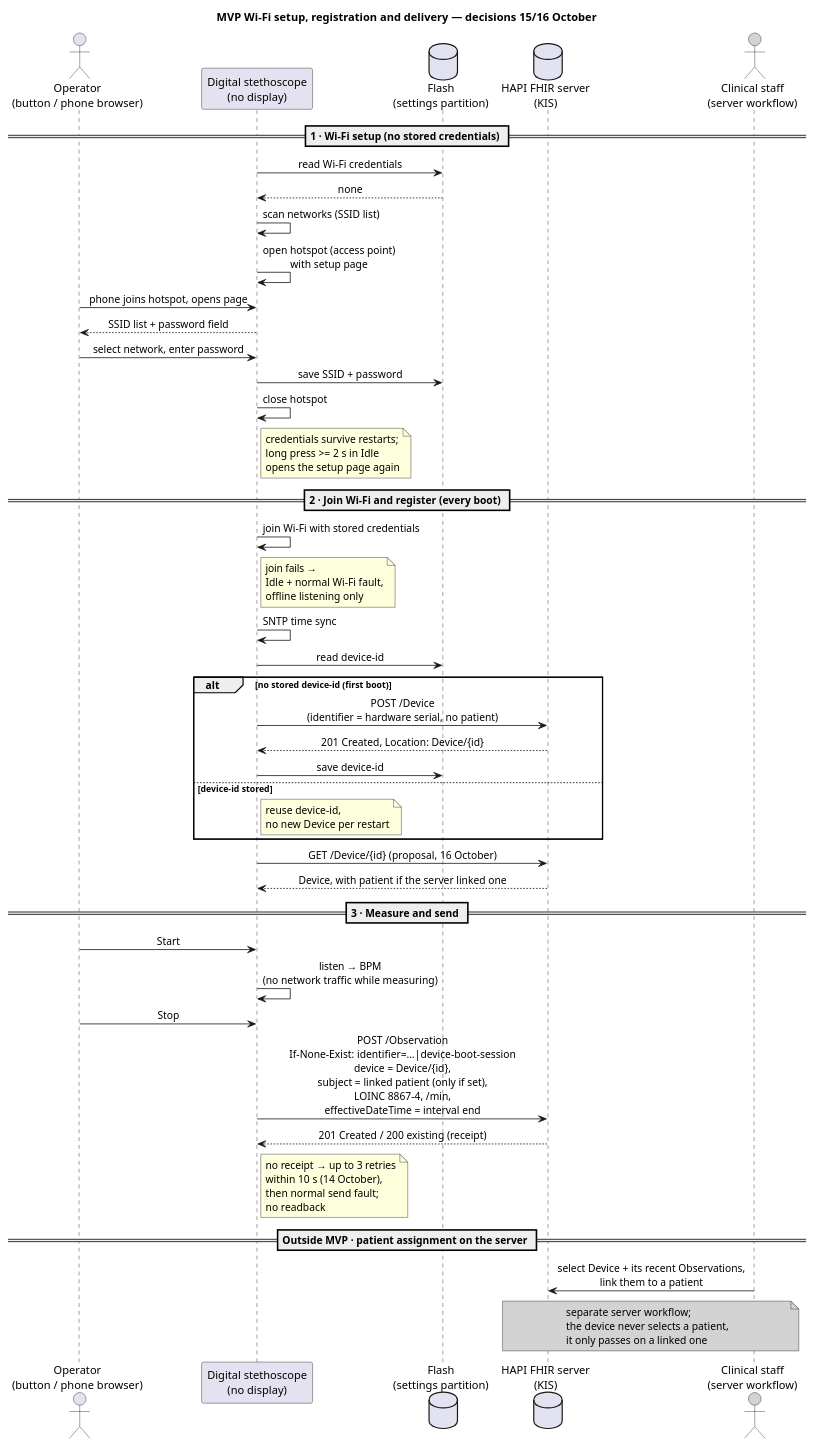
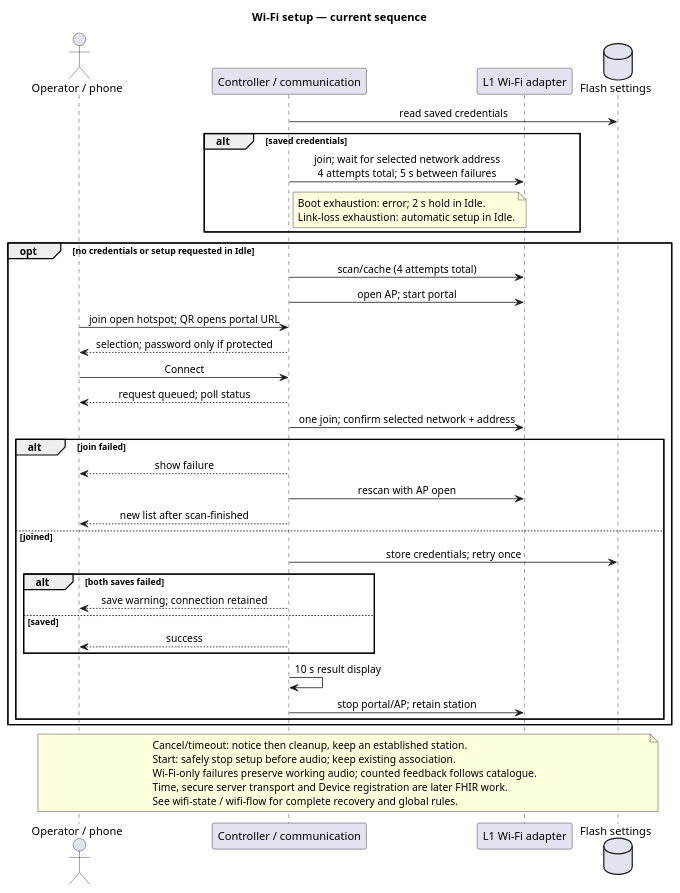
The diagram in Development/system/architecture/patient-assignment-workflow.puml (DemonicPsychoII/DigitalStethoscope), drawn with PlantUML before and after one commit. The commit also changed 39 other files, not shown here.

```diff
--- a/Development/system/architecture/patient-assignment-workflow.puml
+++ b/Development/system/architecture/patient-assignment-workflow.puml
@@ -1,50 +1,45 @@
 @startuml patient_assignment_workflow
 skinparam shadowing false
 skinparam defaultFontName SansSerif
 skinparam sequenceMessageAlign center
-title MVP Wi-Fi setup, registration and delivery — decisions 15/16 October
-actor "Operator\n(button / phone browser)" as op
-participant "Digital stethoscope\n(no display)" as dev
-database "Flash\n(settings partition)" as flash
-database "HAPI FHIR server\n(KIS)" as fhir
-actor "Clinical staff\n(server workflow)" as staff #lightgrey
-
-== 1 · Wi-Fi setup (no stored credentials) ==
-dev -> flash : read Wi-Fi credentials
-flash --> dev : none
-dev -> dev : scan networks (SSID list)
-dev -> dev : open hotspot (access point)\nwith setup page
-op -> dev : phone joins hotspot, opens page
-dev --> op : SSID list + password field
-op -> dev : select network, enter password
-dev -> flash : save SSID + password
-dev -> dev : close hotspot
-note right of dev : credentials survive restarts;\nlong press >= 2 s in Idle\nopens the setup page again
-
-== 2 · Join Wi-Fi and register (every boot) ==
-dev -> dev : join Wi-Fi with stored credentials
-note right of dev : join fails →\nIdle + normal Wi-Fi fault,\noffline listening only
-dev -> dev : SNTP time sync
-dev -> flash : read device-id
-alt no stored device-id (first boot)
-  dev -> fhir : POST /Device\n(identifier = hardware serial, no patient)
-  fhir --> dev : 201 Created, Location: Device/{id}
-  dev -> flash : save device-id
-else device-id stored
-  note right of dev : reuse device-id,\nno new Device per restart
+title Wi-Fi setup — current sequence
+actor "Operator / phone" as op
+participant "Controller / communication" as dev
+participant "L1 Wi-Fi adapter" as wifi
+database "Flash settings" as flash
+dev -> flash : read saved credentials
+alt saved credentials
+ dev -> wifi : join; wait for selected network address\n4 attempts total; 5 s between failures
+ note right of dev : Boot exhaustion: error; 2 s hold in Idle.\nLink-loss exhaustion: automatic setup in Idle.
 end
-dev -> fhir : GET /Device/{id} (proposal, 16 October)
-fhir --> dev : Device, with patient if the server linked one
-
-== 3 · Measure and send ==
-op -> dev : Start
-dev -> dev : listen → BPM\n(no network traffic while measuring)
-op -> dev : Stop
-dev -> fhir : POST /Observation\nIf-None-Exist: identifier=…|device-boot-session\ndevice = Device/{id},\nsubject = linked patient (only if set),\nLOINC 8867-4, /min,\neffectiveDateTime = interval end
-fhir --> dev : 201 Created / 200 existing (receipt)
-note right of dev : no receipt → up to 3 retries\nwithin 10 s (14 October),\nthen normal send fault;\nno readback
-
-== Outside MVP · patient assignment on the server ==
-staff -> fhir : select Device + its recent Observations,\nlink them to a patient
-note over fhir, staff #lightgrey : separate server workflow;\nthe device never selects a patient,\nit only passes on a linked one
+opt no credentials or setup requested in Idle
+ dev -> wifi : scan/cache (4 attempts total)
+ dev -> wifi : open AP; start portal
+ op -> dev : join open hotspot; QR opens portal URL
+ dev --> op : selection; password only if protected
+ op -> dev : Connect
+ dev --> op : request queued; poll status
+ dev -> wifi : one join; confirm selected network + address
+ alt join failed
+  dev --> op : show failure
+  dev -> wifi : rescan with AP open
+  dev --> op : new list after scan-finished
+ else joined
+  dev -> flash : store credentials; retry once
+  alt both saves failed
+   dev --> op : save warning; connection retained
+  else saved
+   dev --> op : success
+  end
+  dev -> dev : 10 s result display
+  dev -> wifi : stop portal/AP; retain station
+ end
+end
+note over op, flash
+ Cancel/timeout: notice then cleanup, keep an established station.
+ Start: safely stop setup before audio; keep existing association.
+ Wi-Fi-only failures preserve working audio; counted feedback follows catalogue.
+ Time, secure server transport and Device registration are later FHIR work.
+ See wifi-state / wifi-flow for complete recovery and global rules.
+end note
 @enduml
```
